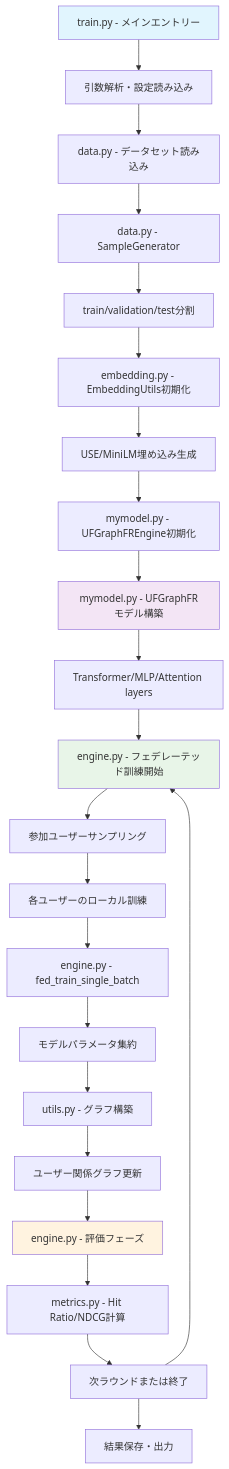
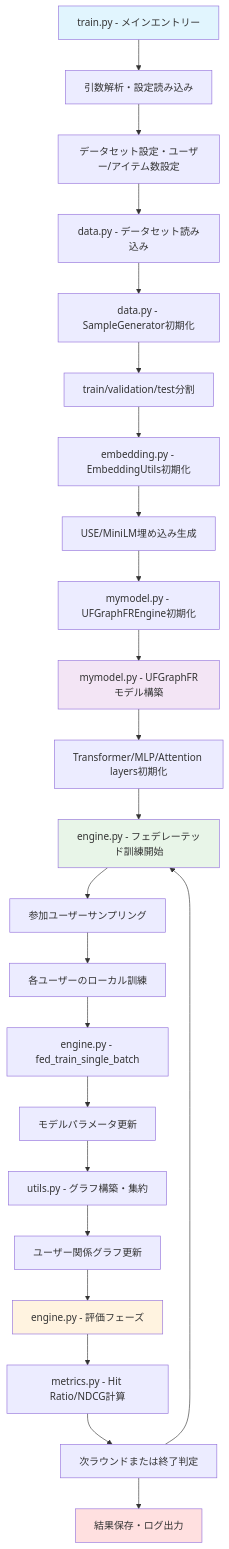
The diagram in README.md (KENTAROSZK/UFGraphFR-study), drawn with Mermaid before and after one commit. The commit also changed other lines of this file and 4 other files, not shown here.

````diff
--- a/README.md
+++ b/README.md
@@ -23,33 +23,35 @@
 ```mermaid
 graph TD
     A[train.py - メインエントリー] --> B[引数解析・設定読み込み]
-    B --> C[data.py - データセット読み込み]
-    C --> D[data.py - SampleGenerator]
-    D --> E[train/validation/test分割]
-    E --> F[embedding.py - EmbeddingUtils初期化]
-    F --> G[USE/MiniLM埋め込み生成]
+    B --> C[データセット設定・ユーザー/アイテム数設定]
+    C --> D[data.py - データセット読み込み]
+    D --> E[data.py - SampleGenerator初期化]
+    E --> F[train/validation/test分割]
+    F --> G[embedding.py - EmbeddingUtils初期化]
+    G --> H[USE/MiniLM埋め込み生成]
     
-    G --> H[mymodel.py - UFGraphFREngine初期化]
-    H --> I[mymodel.py - UFGraphFRモデル構築]
-    I --> J[Transformer/MLP/Attention layers]
+    H --> I[mymodel.py - UFGraphFREngine初期化]
+    I --> J[mymodel.py - UFGraphFRモデル構築]
+    J --> K[Transformer/MLP/Attention layers初期化]
     
-    J --> K[engine.py - フェデレーテッド訓練開始]
-    K --> L[参加ユーザーサンプリング]
-    L --> M[各ユーザーのローカル訓練]
-    M --> N[engine.py - fed_train_single_batch]
-    N --> O[モデルパラメータ集約]
-    O --> P[utils.py - グラフ構築]
-    P --> Q[ユーザー関係グラフ更新]
+    K --> L[engine.py - フェデレーテッド訓練開始]
+    L --> M[参加ユーザーサンプリング]
+    M --> N[各ユーザーのローカル訓練]
+    N --> O[engine.py - fed_train_single_batch]
+    O --> P[モデルパラメータ更新]
+    P --> Q[utils.py - グラフ構築・集約]
+    Q --> R[ユーザー関係グラフ更新]
     
-    Q --> R[engine.py - 評価フェーズ]
-    R --> S[metrics.py - Hit Ratio/NDCG計算]
-    S --> T[次ラウンドまたは終了]
+    R --> S[engine.py - 評価フェーズ]
+    S --> T[metrics.py - Hit Ratio/NDCG計算]
+    T --> U[次ラウンドまたは終了判定]
     
-    T --> K
-    T --> U[結果保存・出力]
+    U --> L
+    U --> V[結果保存・ログ出力]
 
     style A fill:#e1f5fe
-    style I fill:#f3e5f5
-    style K fill:#e8f5e8
-    style R fill:#fff3e0
+    style J fill:#f3e5f5
+    style L fill:#e8f5e8
+    style S fill:#fff3e0
+    style V fill:#ffe0e0
 ```
````
